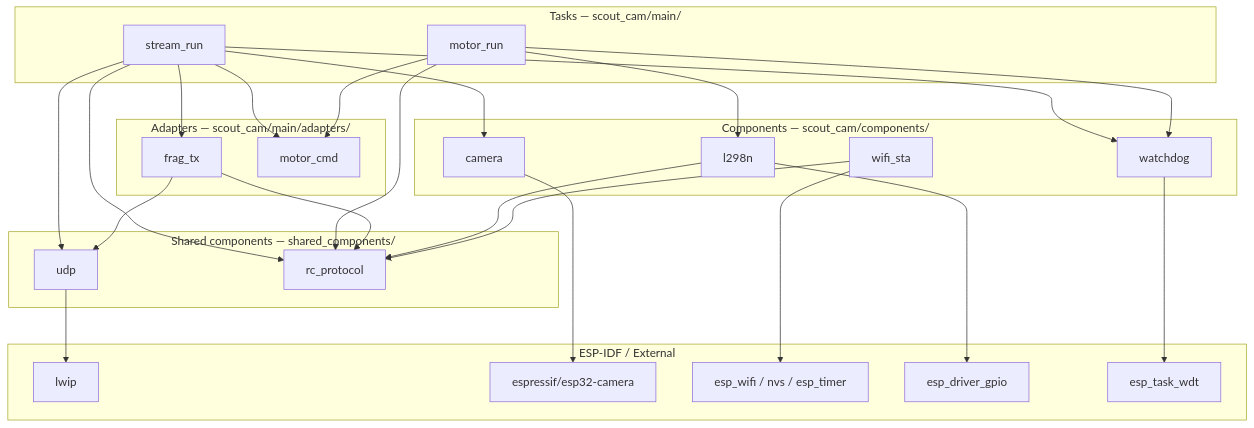
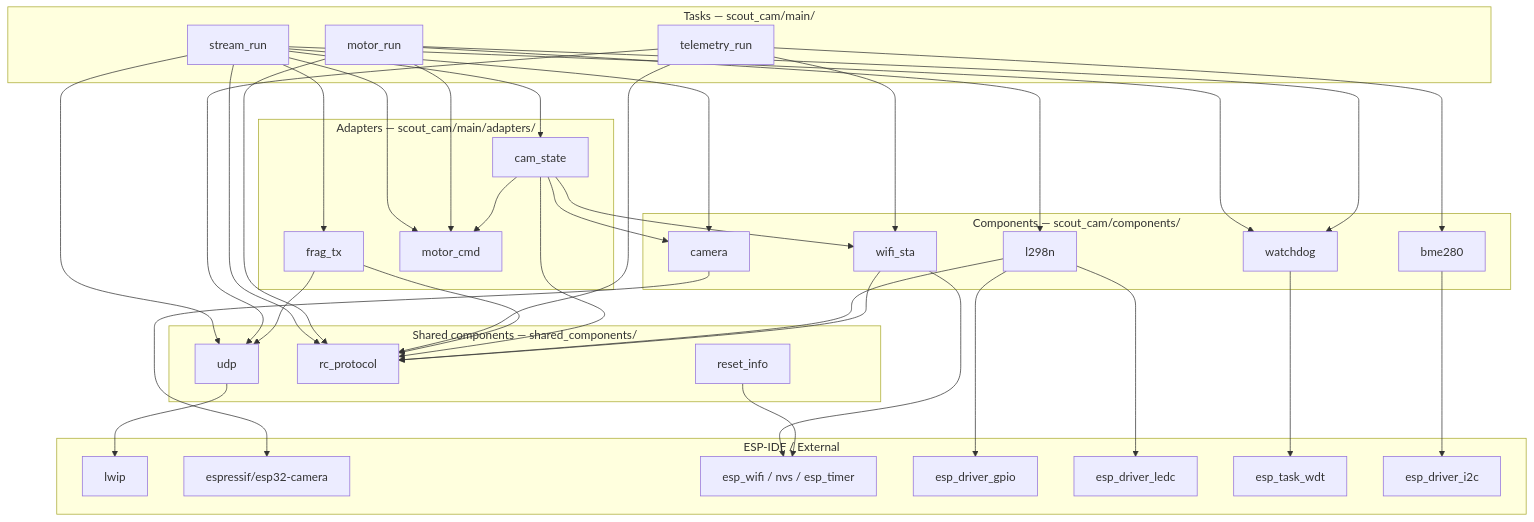
One commit to LINTECH-CHAS-ACADEMY-SUVX25/Scout changed the second of 2 diagrams in docs/scout_cam_flow.md. Above: the diagram before and after it, drawn with Mermaid. The commit also changed other lines of this file and 2 other files, not shown here.

Commit message:
flow documents (needs to be updated more)

````diff
--- a/docs/scout_cam_flow.md
+++ b/docs/scout_cam_flow.md
@@ -31,42 +33,52 @@
 ```mermaid
 graph TD
     subgraph tasks["Tasks — scout_cam/main/"]
         SR["stream_run"]
         MR["motor_run"]
+        TR["telemetry_run"]
     end
 
     subgraph adapters["Adapters — scout_cam/main/adapters/"]
         FT[frag_tx]
         MQ[motor_cmd]
+        CS[cam_state]
     end
 
     subgraph components["Components — scout_cam/components/"]
         CAM[camera]
         L298[l298n]
         WS[wifi_sta]
         WD[watchdog]
+        BME[bme280]
     end
 
     subgraph shared["Shared components — shared_components/"]
         UDP[udp]
         RCP[rc_protocol]
+        RI[reset_info]
     end
 
     subgraph sdk["ESP-IDF / External"]
         LWIP[lwip]
         ESP_CAM[espressif/esp32-camera]
         WIFI[esp_wifi / nvs / esp_timer]
         GPIO[esp_driver_gpio]
+        LEDC[esp_driver_ledc]
         TWDT[esp_task_wdt]
+        I2C[esp_driver_i2c]
     end
 
-    SR --> FT & CAM & MQ & WD & UDP & RCP
+    SR --> FT & CAM & MQ & CS & WD & UDP & RCP
     MR --> L298 & MQ & WD & RCP
+    TR --> BME & WS & UDP & RCP
 
     FT --> UDP & RCP
+    CS --> CAM & MQ & WS & RCP
     CAM --> ESP_CAM
-    L298 --> GPIO & RCP
+    L298 --> GPIO & LEDC & RCP
     WS --> WIFI & RCP
     WD --> TWDT
     UDP --> LWIP
+    BME --> I2C
+    RI --> WIFI
 ```
````
